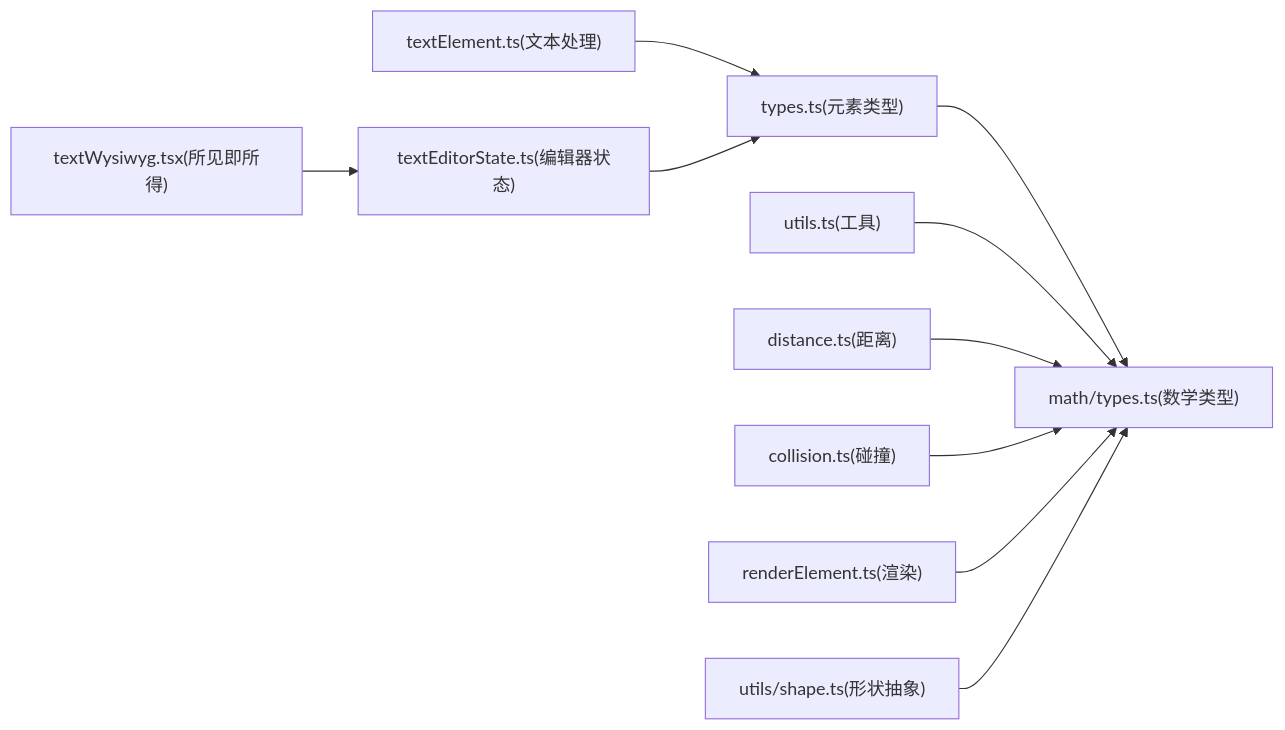
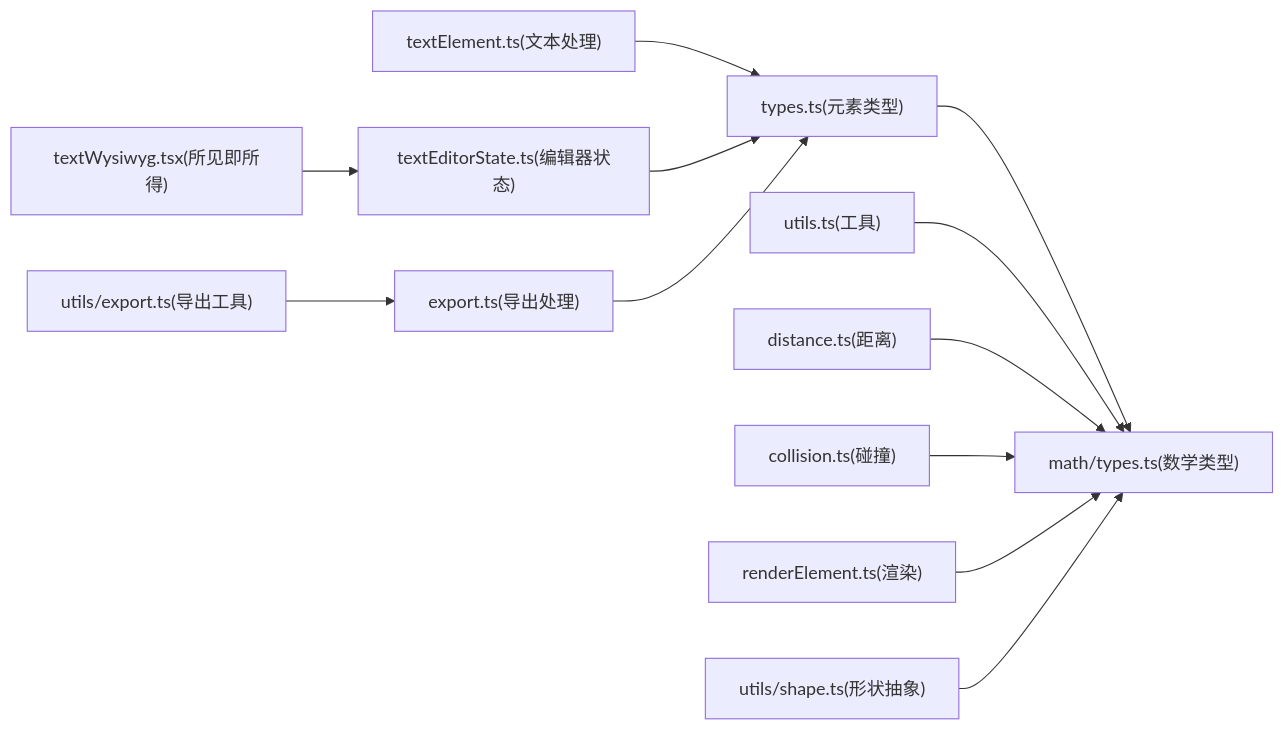
One commit to Az-qianchen/Excalidraw changed diagram 14 of 14 in .qoder/repowiki/zh/content/API 参考/元素 API.md. Above: the diagram before and after it, drawn with Mermaid. The commit also changed other lines of this file and 61 other files, not shown here.

````diff
--- a/.qoder/repowiki/zh/content/API 参考/元素 API.md
+++ b/.qoder/repowiki/zh/content/API 参考/元素 API.md
@@ -502,12 +629,14 @@
 ```mermaid
 graph LR
 Types["types.ts(元素类型)"] --> Math["math/types.ts(数学类型)"]
 Utils["utils.ts(工具)"] --> Math
 Distance["distance.ts(距离)"] --> Math
 Collision["collision.ts(碰撞)"] --> Math
 Render["renderElement.ts(渲染)"] --> Math
 ShapeAbstraction["utils/shape.ts(形状抽象)"] --> Math
 TextElement["textElement.ts(文本处理)"] --> Types
 TextEditor["textEditorState.ts(编辑器状态)"] --> Types
 TextWysiwyg["textWysiwyg.tsx(所见即所得)"] --> TextEditor
+ExportHandler["export.ts(导出处理)"] --> Types
+ExportUtils["utils/export.ts(导出工具)"] --> ExportHandler
 ```
````
